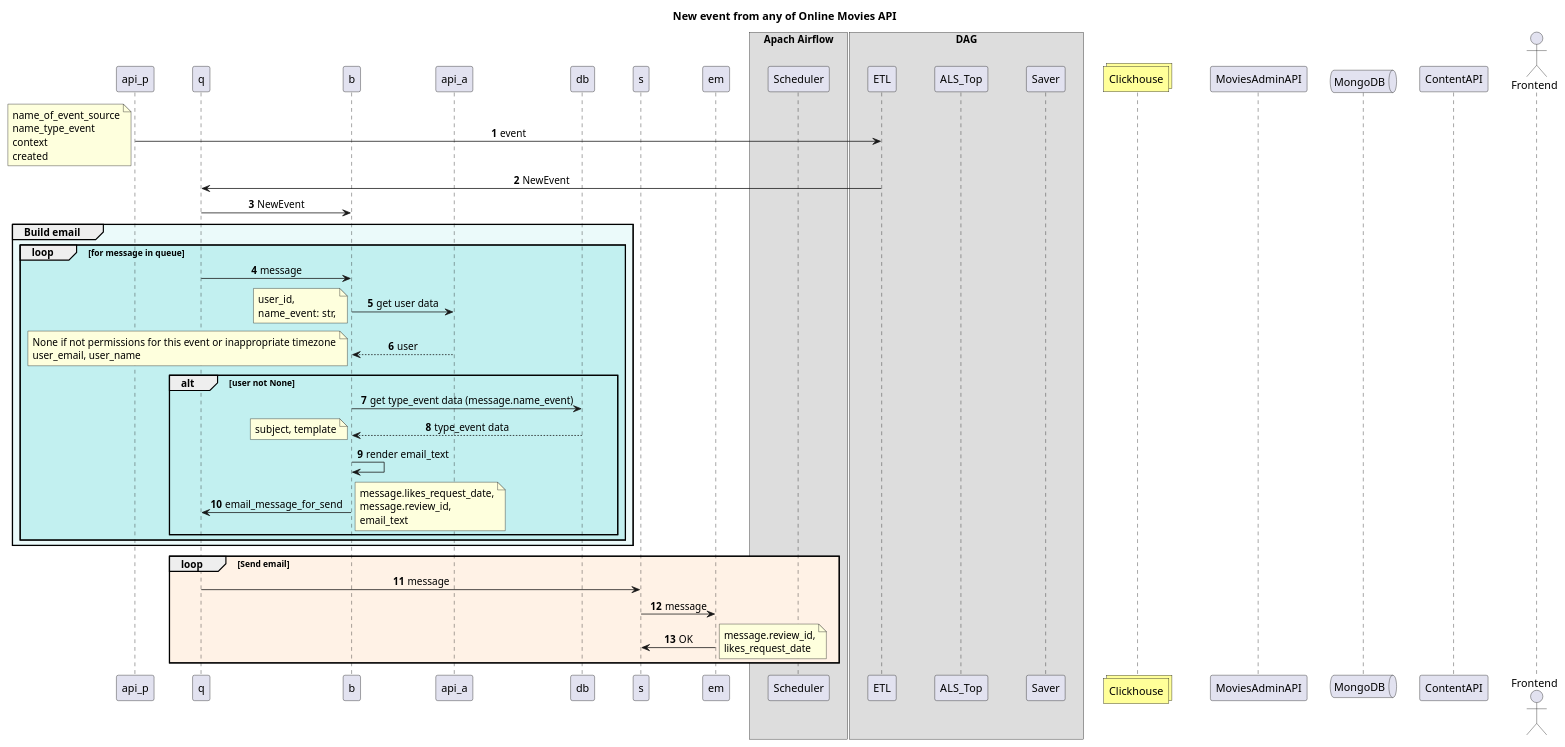
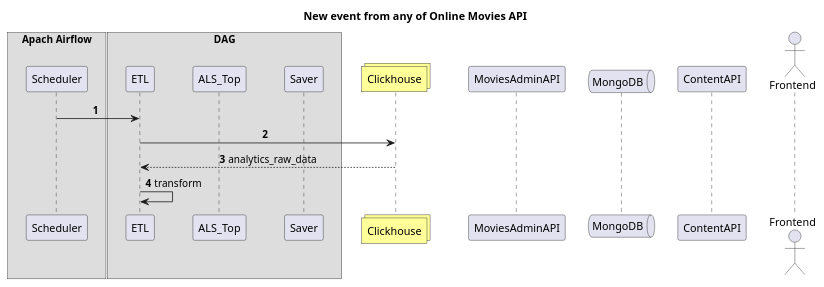
Before and after one commit to xh4vm/graduate_work: the diagram in schemas/recommender_system.puml, drawn with PlantUML. The commit also changed 2 other files, not shown here.

```diff
--- a/schemas/recommender_system.puml
+++ b/schemas/recommender_system.puml
@@ -1,75 +1,81 @@
 @startuml
 autonumber
 skinparam sequence {
 	ParticipantPadding 20
 	MessageAlign center
 	skinparam BoxPadding 20
 }
 
 title New event from any of Online Movies API
 
 box Apach Airflow
 participant Scheduler as sch order 10
 box DAG
-participant ETL as api_n order 20
+participant ETL as etl order 20
 participant ALS_Top as als order 30
 participant Saver as sv order 35
 end box
 end box
 collections Clickhouse as cl order 40 #FFFF99
 participant MoviesAdminAPI as a_api order 41
 queue MongoDB as mng order 50
 participant ContentAPI as c_api order 60
 actor Frontend as frn order 70
 
-api_p -> api_n: event
-note left
-name_of_event_source
-name_type_event
-context
-created
-end note
-api_n -> q: NewEvent
-q -> b: NewEvent
+sch -> etl
+etl -> cl
+return analytics_raw_data
 
-group #ebfafa Build email
-loop #c2f0f0 for message in queue
-q -> b: message
-b -> api_a: get user data
-note left
-user_id,
-name_event: str,
-end note
-return user
-note left
-None if not permissions for this event or inappropriate timezone
-user_email, user_name
-end note
-alt #c2f0f0 user not None
-b -> db: get type_event data (message.name_event)
-return type_event data
-note left
-subject, template
-end note
-b -> b: render email_text
-b -> q: email_message_for_send
-note right
-message.likes_request_date,
-message.review_id,
-email_text
-end note
-end alt
-end loop
-end group
+etl -> etl: transform
 
-loop #fff2e6 Send email
-q -> s: message
-s -> em: message
-em -> s: OK
-note right
-message.review_id,
-likes_request_date
-end note
-end loop
+'api_p -> api_n: event
+'note left
+'name_of_event_source
+'name_type_event
+'context
+'created
+'end note
+'api_n -> q: NewEvent
+'q -> b: NewEvent
+
+'group #ebfafa Build email
+'loop #c2f0f0 for message in queue
+'q -> b: message
+'b -> api_a: get user data
+'note left
+'user_id,
+'name_event: str,
+'end note
+'return user
+'note left
+'None if not permissions for this event or inappropriate timezone
+'user_email, user_name
+'end note
+'alt #c2f0f0 user not None
+'b -> db: get type_event data (message.name_event)
+'return type_event data
+'note left
+'subject, template
+'end note
+'b -> b: render email_text
+'b -> q: email_message_for_send
+'note right
+'message.likes_request_date,
+'message.review_id,
+'email_text
+'end note
+'end alt
+'end loop
+'end group
+'
+'loop #fff2e6 Send email
+'q -> s: message
+'s -> em: message
+'em -> s: OK
+'note right
+'message.review_id,
+'likes_request_date
+'end note
+'end loop
 
 @enduml
```
